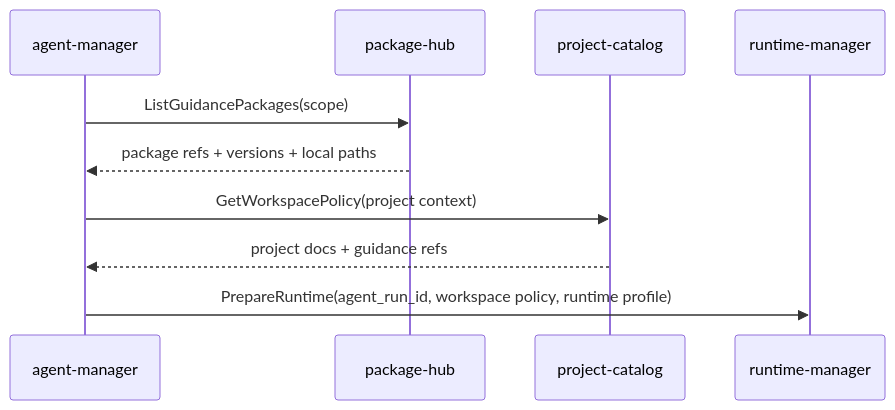
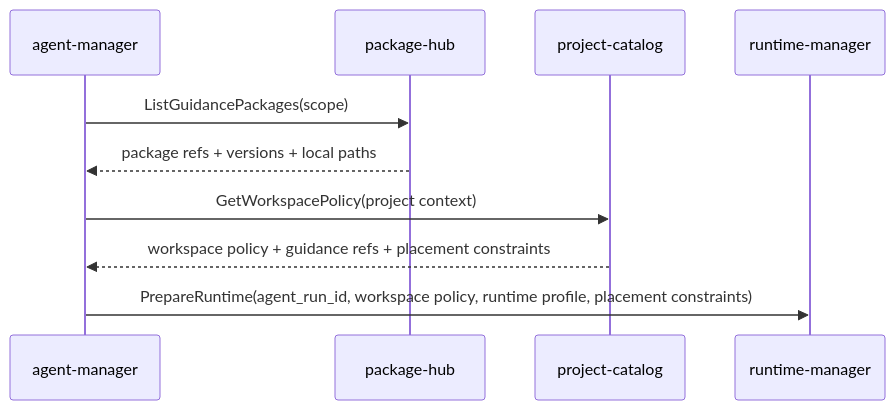
One commit to codex-k8s/kodex changed the fourth of 4 diagrams in docs/domains/package-platform/architecture/design.md. Above: the diagram before and after it, drawn with Mermaid. The commit also changed 3 other files, not shown here.

Commit message:
Clarify runtime placement boundary

````diff
--- a/docs/domains/package-platform/architecture/design.md
+++ b/docs/domains/package-platform/architecture/design.md
@@ -127,12 +127,12 @@
 ```mermaid
 sequenceDiagram
   participant AM as agent-manager
   participant P as package-hub
   participant PC as project-catalog
   participant R as runtime-manager
   AM->>P: ListGuidancePackages(scope)
   P-->>AM: package refs + versions + local paths
   AM->>PC: GetWorkspacePolicy(project context)
-  PC-->>AM: project docs + guidance refs
-  AM->>R: PrepareRuntime(agent_run_id, workspace policy, runtime profile)
+  PC-->>AM: workspace policy + guidance refs + placement constraints
+  AM->>R: PrepareRuntime(agent_run_id, workspace policy, runtime profile, placement constraints)
 ```
````
